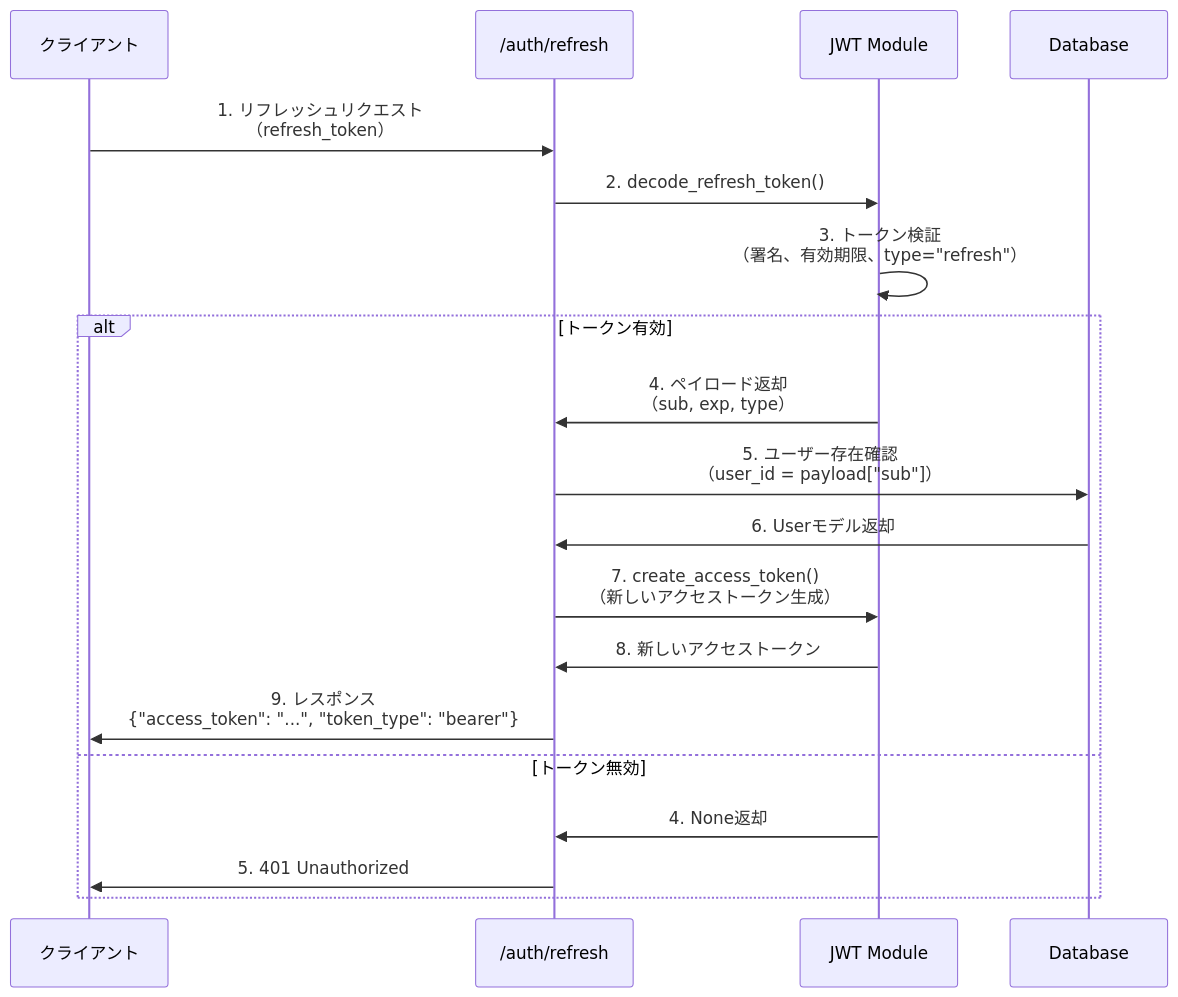
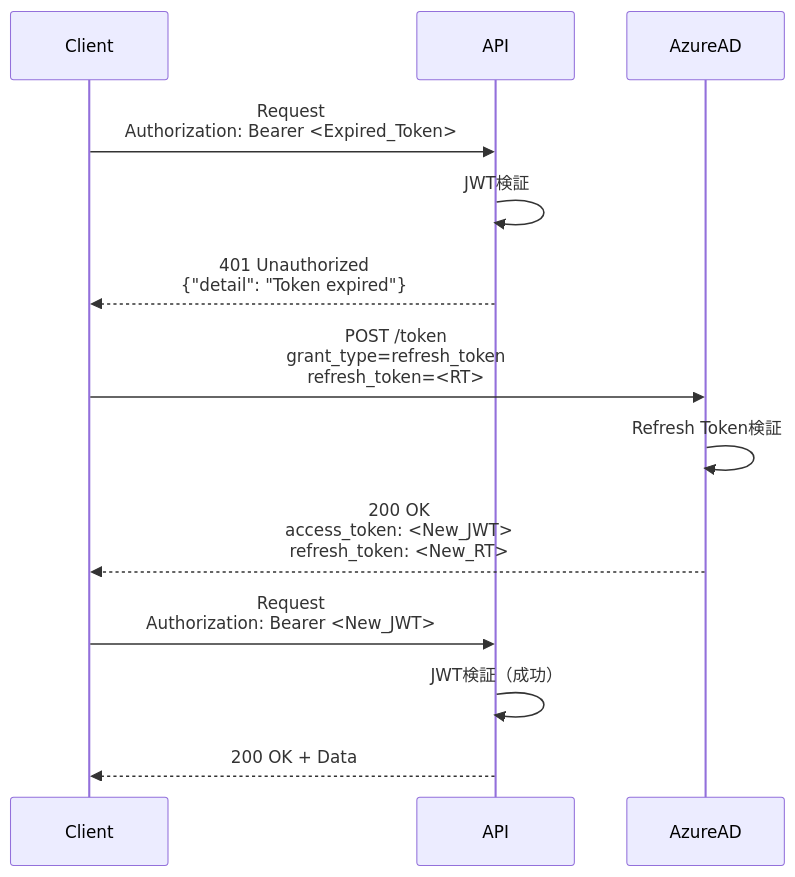
One commit to nomura-koshiro/genai-app-docs changed the sixth of 9 diagrams in docs/specifications/03-security/02-authentication-design.md. Above: the diagram before and after it, drawn with Mermaid. The commit also changed other lines of this file and 35 other files, not shown here.

````diff
--- a/docs/specifications/03-security/02-authentication-design.md
+++ b/docs/specifications/03-security/02-authentication-design.md
@@ -773,23 +503,18 @@
 ```mermaid
 sequenceDiagram
-    participant Client as クライアント
-    participant API as /auth/refresh
-    participant JWT as JWT Module
-    participant DB as Database
+    participant Client
+    participant API
+    participant AzureAD
 
-    Client->>API: 1. リフレッシュリクエスト<br/>（refresh_token）
-    API->>JWT: 2. decode_refresh_token()
-    JWT->>JWT: 3. トークン検証<br/>（署名、有効期限、type="refresh"）
+    Client->>API: Request<br/>Authorization: Bearer <Expired_Token>
+    API->>API: JWT検証
+    API-->>Client: 401 Unauthorized<br/>{"detail": "Token expired"}
 
-    alt トークン有効
-        JWT->>API: 4. ペイロード返却<br/>（sub, exp, type）
-        API->>DB: 5. ユーザー存在確認<br/>（user_id = payload["sub"]）
-        DB->>API: 6. Userモデル返却
-        API->>JWT: 7. create_access_token()<br/>（新しいアクセストークン生成）
-        JWT->>API: 8. 新しいアクセストークン
-        API->>Client: 9. レスポンス<br/>{"access_token": "...", "token_type": "bearer"}
-    else トークン無効
-        JWT->>API: 4. None返却
-        API->>Client: 5. 401 Unauthorized
-    end
+    Client->>AzureAD: POST /token<br/>grant_type=refresh_token<br/>refresh_token=<RT>
+    AzureAD->>AzureAD: Refresh Token検証
+    AzureAD-->>Client: 200 OK<br/>access_token: <New_JWT><br/>refresh_token: <New_RT>
+
+    Client->>API: Request<br/>Authorization: Bearer <New_JWT>
+    API->>API: JWT検証（成功）
+    API-->>Client: 200 OK + Data
 ```
````
